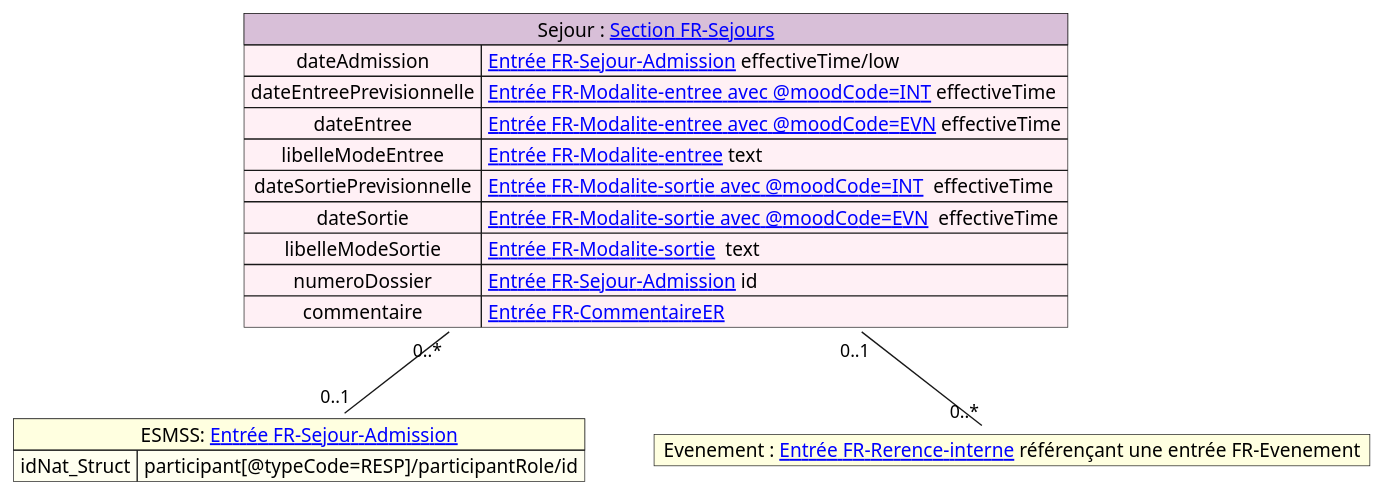
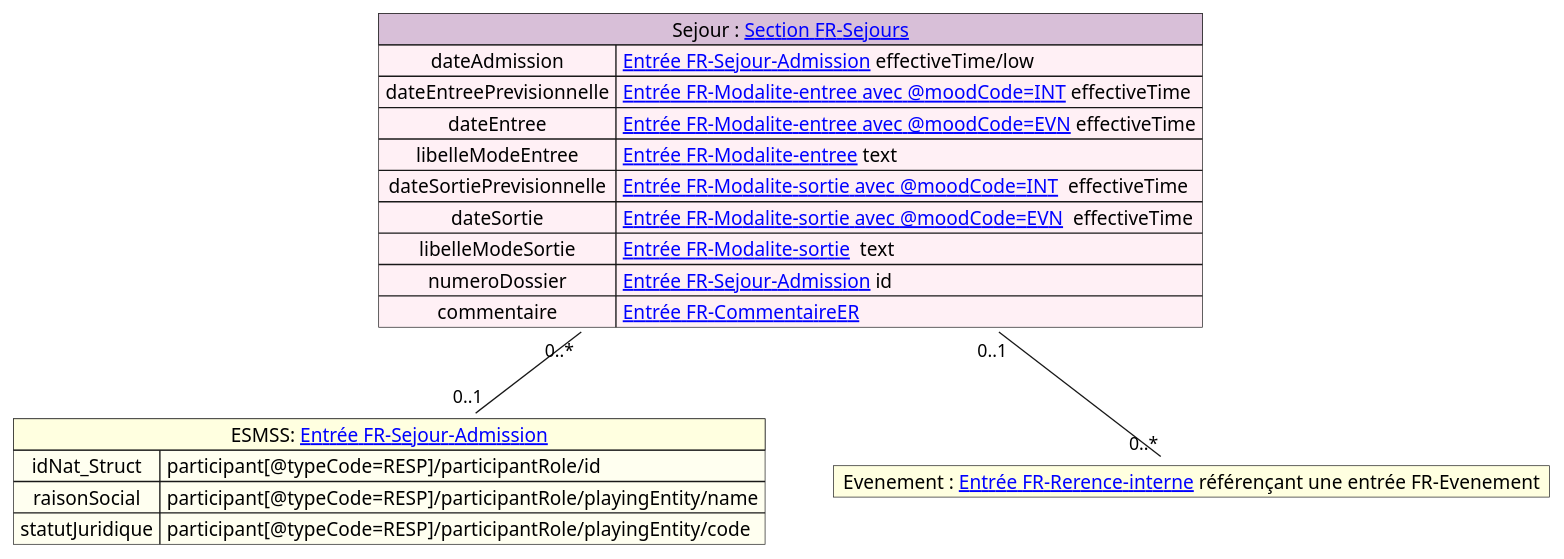
Before and after one commit to ansforge/IG-fhir-transfert-donnees-dui-esms: the diagram in input/images-source/mapping_sejour.plantuml, drawn with PlantUML. The commit also changed 7 other files, not shown here.

```diff
--- a/input/images-source/mapping_sejour.plantuml
+++ b/input/images-source/mapping_sejour.plantuml
@@ -1,28 +1,30 @@
 @startuml
 
 
 map "Sejour : [[contenu_dossier_corps_cda.html Section FR-Sejours]]" as Sejour #back:LavenderBlush;header:Thistle{
     dateAdmission => [[contenu_dossier_corps_cda.html Entrée FR-Sejour-Admission]] effectiveTime/low
     dateEntreePrevisionnelle => [[contenu_dossier_corps_cda.html Entrée FR-Modalite-entree avec @moodCode=INT]] effectiveTime
     dateEntree => [[contenu_dossier_corps_cda.html Entrée FR-Modalite-entree avec @moodCode=EVN]] effectiveTime
     libelleModeEntree => [[contenu_dossier_corps_cda.html Entrée FR-Modalite-entree]] text
     dateSortiePrevisionnelle => [[contenu_dossier_corps_cda.html Entrée FR-Modalite-sortie avec @moodCode=INT]]  effectiveTime
     dateSortie => [[contenu_dossier_corps_cda.html Entrée FR-Modalite-sortie avec @moodCode=EVN]]  effectiveTime
     libelleModeSortie => [[contenu_dossier_corps_cda.html Entrée FR-Modalite-sortie]]  text
     numeroDossier => [[contenu_dossier_corps_cda.html Entrée FR-Sejour-Admission]] id
     commentaire => [[contenu_dossier_corps_cda.html Entrée FR-CommentaireER]]
 }
 
 
 map "ESMSS: [[contenu_dossier_corps_cda.html Entrée FR-Sejour-Admission]]" as ESSMS #back:Ivory;header:LightYellow {
     idNat_Struct => participant[@typeCode=RESP]/participantRole/id
+    raisonSocial => participant[@typeCode=RESP]/participantRole/playingEntity/name
+    statutJuridique => participant[@typeCode=RESP]/participantRole/playingEntity/code
 }
 
 map "Evenement : [[contenu_dossier_corps_cda.html Entrée FR-Rerence-interne]] référençant une entrée FR-Evenement" as Evenement #back:LightYellow;header:LightYellow{
 }
 
 Sejour "0..*" -- "0..1" ESSMS
 Sejour "0..1"--"0..*" Evenement
 
 
 @enduml
```
